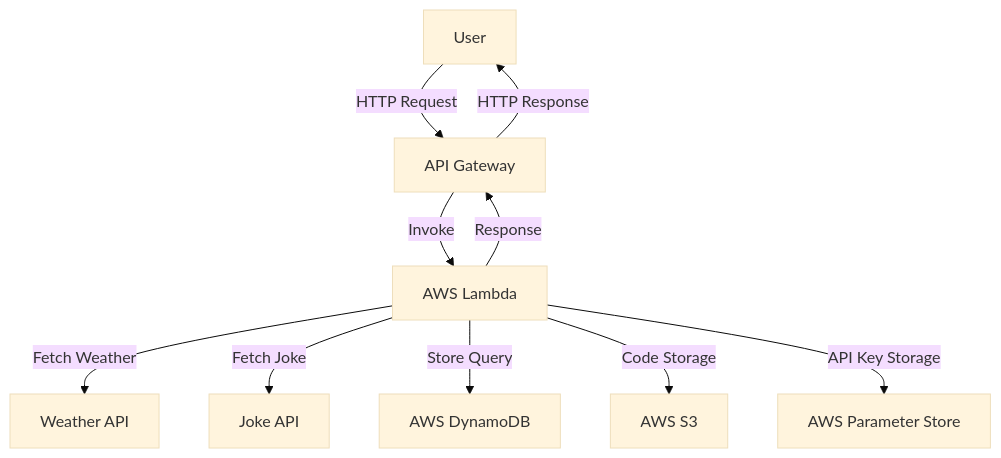
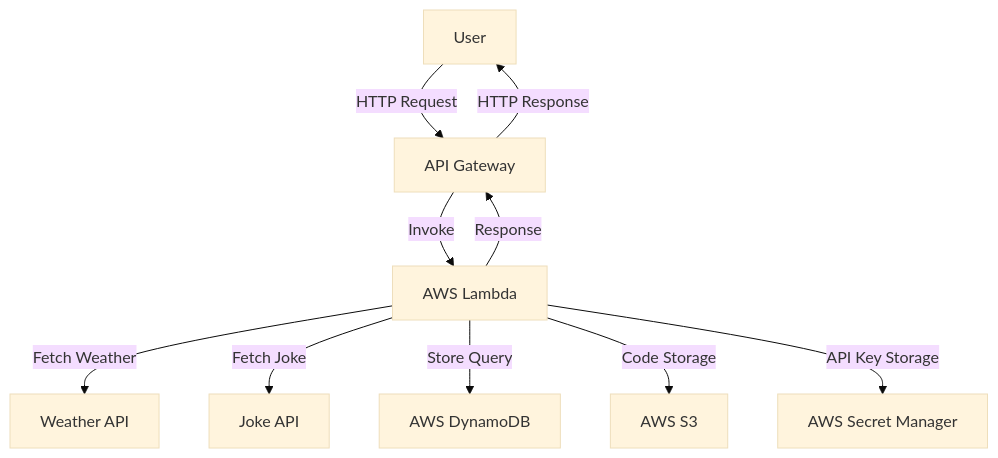
Before and after one commit to NhatThien211/chat-bot: the diagram in readme.md, drawn with Mermaid (base theme). The commit also changed other lines of this file and 3 other files, not shown here.

Commit message:
[ThienVN1][0207] Add: + Prefix for cloud formation + Use secremanager instead of parameter store

````diff
--- a/readme.md
+++ b/readme.md
@@ -22,12 +22,12 @@
 ```mermaid
 graph TD;
     User -->|HTTP Request| APIGateway[API Gateway]
     APIGateway -->|Invoke| Lambda[AWS Lambda]
     Lambda -->|Fetch Weather| WeatherAPI[Weather API]
     Lambda -->|Fetch Joke| JokeAPI[Joke API]
     Lambda -->|Store Query| DynamoDB[AWS DynamoDB]
     Lambda -->|Response| APIGateway
     APIGateway -->|HTTP Response| User
     Lambda -->|Code Storage| S3[AWS S3]
-    Lambda -->|API Key Storage| PMS[AWS Parameter Store]
+    Lambda -->|API Key Storage| PMS[AWS Secret Manager]
 ```
````
